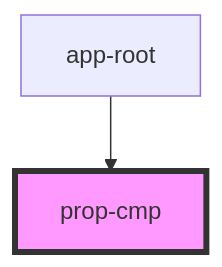
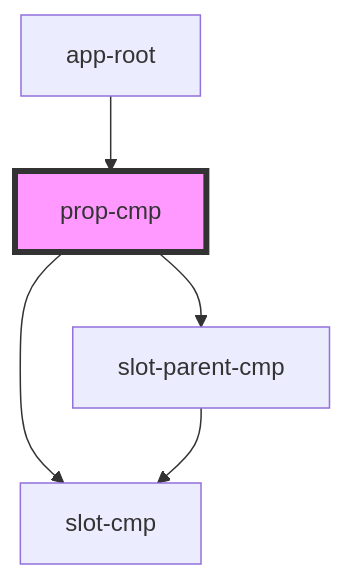
The diagram in test/end-to-end/src/prop-cmp/readme.md (ionic-team/stencil), drawn with Mermaid before and after one commit. The commit also changed other lines of this file and 7 other files, not shown here.

````diff
--- a/test/end-to-end/src/prop-cmp/readme.md
+++ b/test/end-to-end/src/prop-cmp/readme.md
@@ -23,5 +28,8 @@
 ```mermaid
 graph TD;
+  prop-cmp --> slot-cmp
+  prop-cmp --> slot-parent-cmp
+  slot-parent-cmp --> slot-cmp
   app-root --> prop-cmp
   style prop-cmp fill:#f9f,stroke:#333,stroke-width:4px
 ```
````
